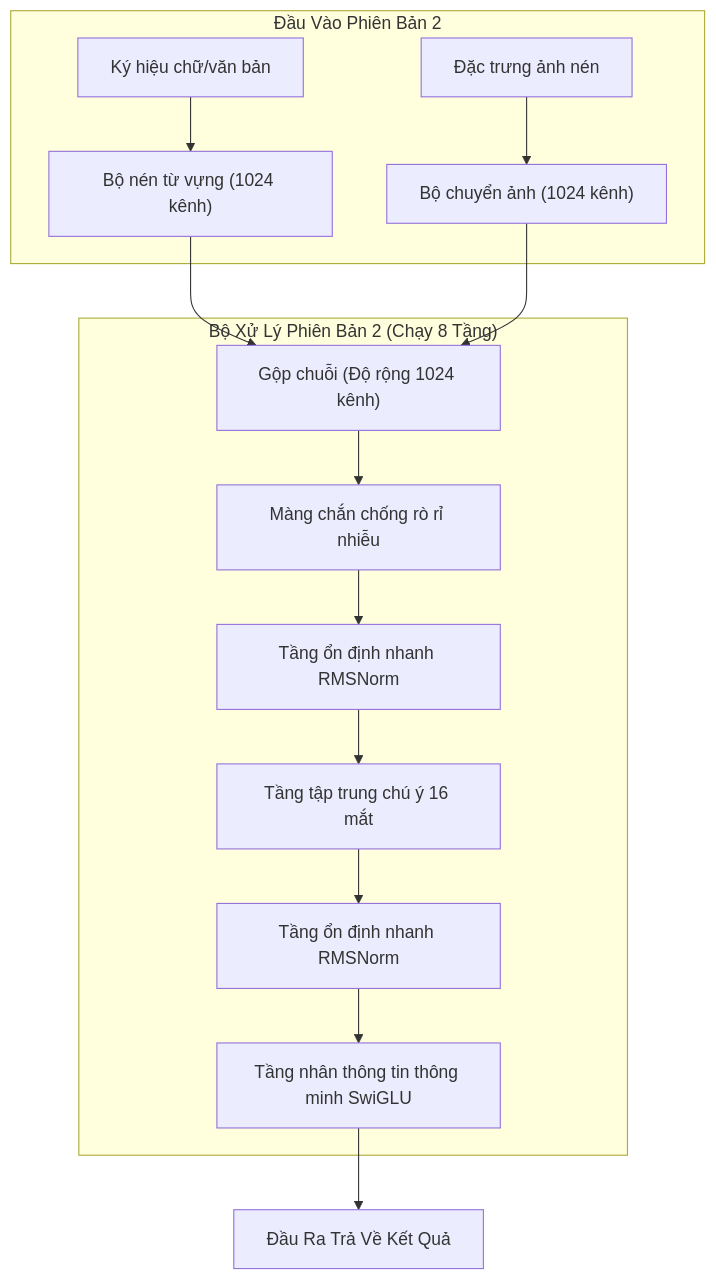
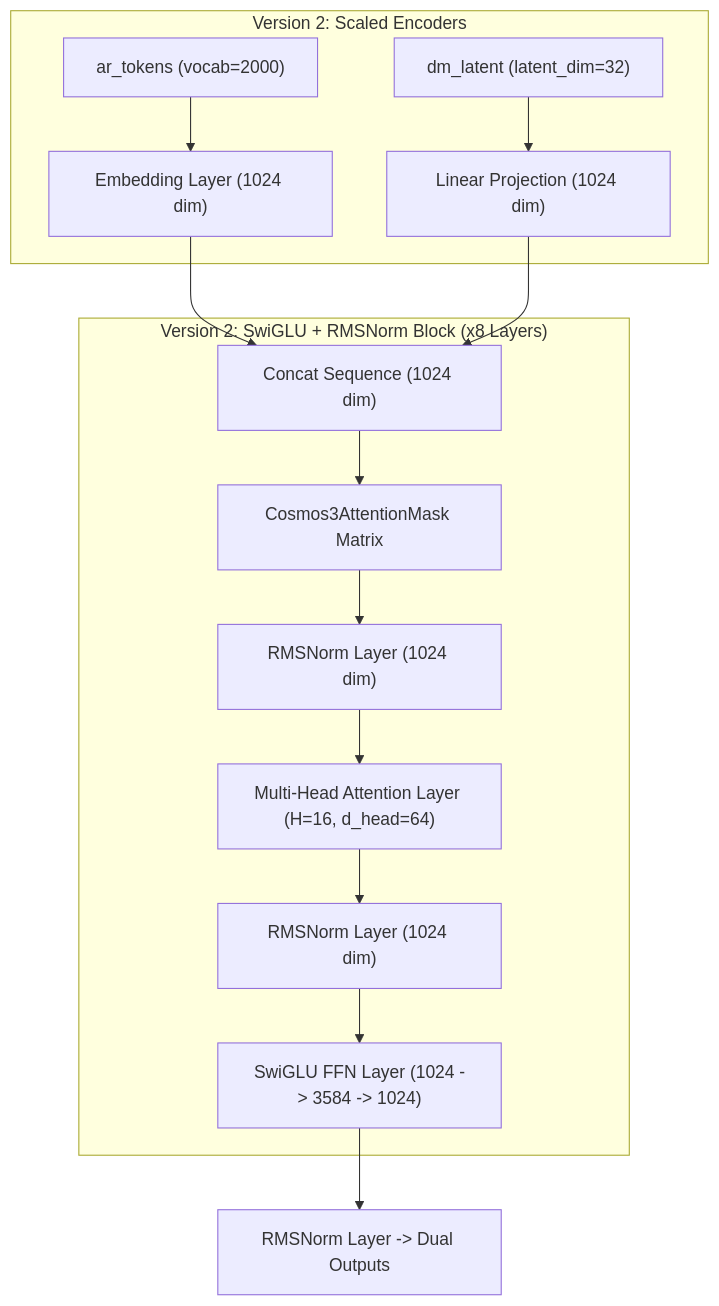
One commit to datascience180806/mini_cosmos changed the third of 8 diagrams in VERSION_COMPARISON.md. Above: the diagram before and after it, drawn with Mermaid. The commit also changed other lines of this file, not shown here.

Commit message:
Restore standard English AI/DL terms (Attention Layer, Embedding Layer, Transformer Block, SwiGLU FFN, RMSNorm, VRAM, Latency, Throughput) in report

````diff
--- a/VERSION_COMPARISON.md
+++ b/VERSION_COMPARISON.md
@@ -114,20 +113,20 @@
 ```mermaid
 flowchart TD
-    subgraph V2_INPUTS["Đầu Vào Phiên Bản 2"]
-        V2_AR["Ký hiệu chữ/văn bản"] --> V2_EMB["Bộ nén từ vựng (1024 kênh)"]
-        V2_DM["Đặc trưng ảnh nén"] --> V2_PROJ["Bộ chuyển ảnh (1024 kênh)"]
+    subgraph V2_INPUTS["Version 2: Scaled Encoders"]
+        V2_AR["ar_tokens (vocab=2000)"] --> V2_EMB["Embedding Layer (1024 dim)"]
+        V2_DM["dm_latent (latent_dim=32)"] --> V2_PROJ["Linear Projection (1024 dim)"]
     end
 
-    V2_EMB --> V2_CAT["Gộp chuỗi (Độ rộng 1024 kênh)"]
+    V2_EMB --> V2_CAT["Concat Sequence (1024 dim)"]
     V2_PROJ --> V2_CAT
 
-    subgraph V2_BLOCKS["Bộ Xử Lý Phiên Bản 2 (Chạy 8 Tầng)"]
-        V2_CAT --> V2_MASK["Màng chắn chống rò rỉ nhiễu"]
-        V2_MASK --> V2_RMS1["Tầng ổn định nhanh RMSNorm"]
-        V2_RMS1 --> V2_MHA["Tầng tập trung chú ý 16 mắt"]
-        V2_MHA --> V2_RMS2["Tầng ổn định nhanh RMSNorm"]
-        V2_RMS2 --> V2_SWIGLU["Tầng nhân thông tin thông minh SwiGLU"]
+    subgraph V2_BLOCKS["Version 2: SwiGLU + RMSNorm Block (x8 Layers)"]
+        V2_CAT --> V2_MASK["Cosmos3AttentionMask Matrix"]
+        V2_MASK --> V2_RMS1["RMSNorm Layer (1024 dim)"]
+        V2_RMS1 --> V2_MHA["Multi-Head Attention Layer (H=16, d_head=64)"]
+        V2_MHA --> V2_RMS2["RMSNorm Layer (1024 dim)"]
+        V2_RMS2 --> V2_SWIGLU["SwiGLU FFN Layer (1024 -> 3584 -> 1024)"]
     end
 
-    V2_SWIGLU --> V2_OUT["Đầu Ra Trả Về Kết Quả"]
+    V2_SWIGLU --> V2_OUT["RMSNorm Layer -> Dual Outputs"]
 ```
````
